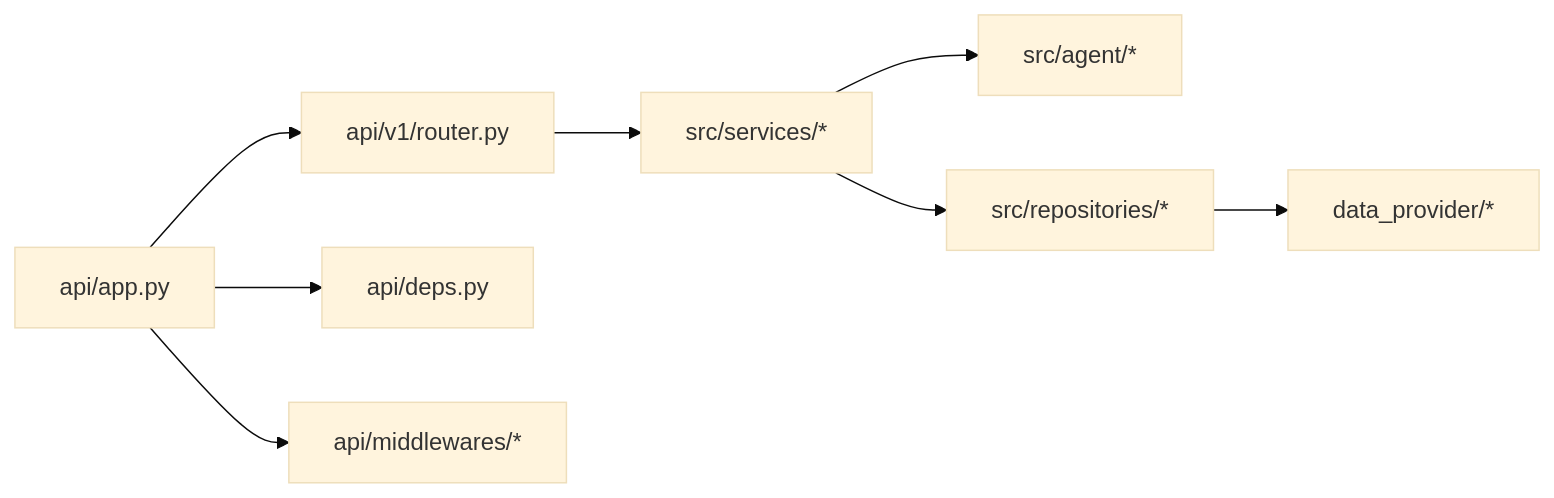
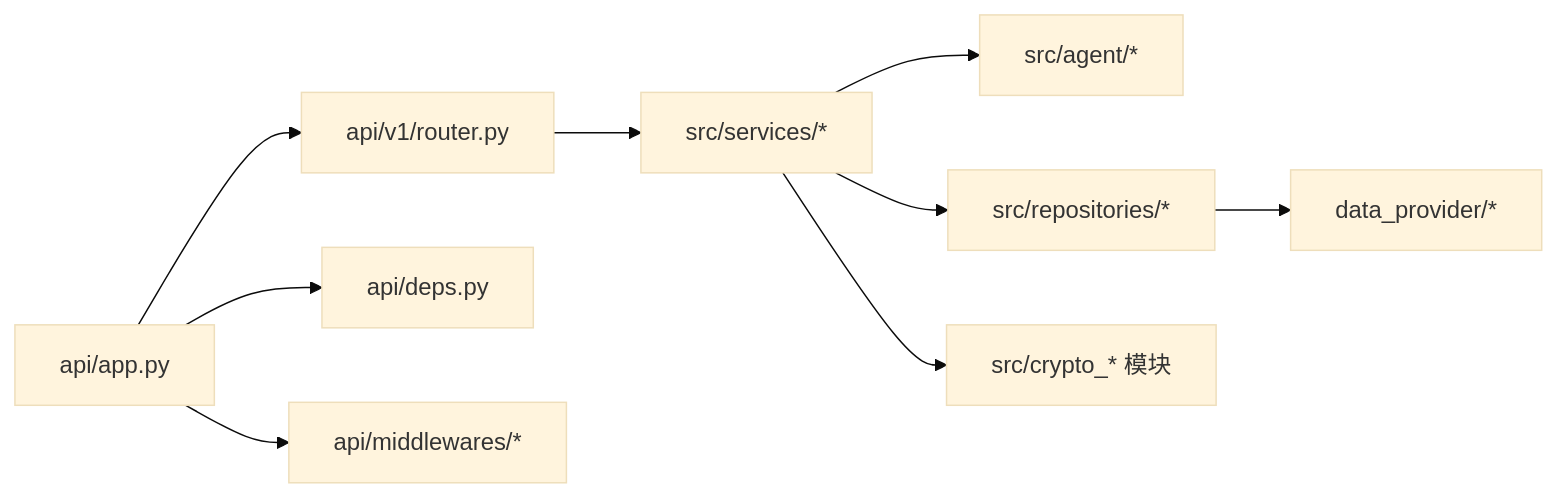
The ninth of 9 diagrams in .qoder/repowiki/zh/content/开发指南/开发指南.md (anYaoooo/daily_stock_analysis), drawn with Mermaid (base theme) before and after one commit. The commit also changed other lines of this file and 140 other files, not shown here.

````diff
--- a/.qoder/repowiki/zh/content/开发指南/开发指南.md
+++ b/.qoder/repowiki/zh/content/开发指南/开发指南.md
@@ -331,10 +486,11 @@
 ```mermaid
 graph LR
 API["api/app.py"] --> V1["api/v1/router.py"]
 API --> DEPS["api/deps.py"]
 API --> MWS["api/middlewares/*"]
 V1 --> SVCS["src/services/*"]
 SVCS --> AG["src/agent/*"]
 SVCS --> REPO["src/repositories/*"]
+SVCS --> BTC["src/crypto_* 模块"]
 REPO --> DP["data_provider/*"]
 ```
````
